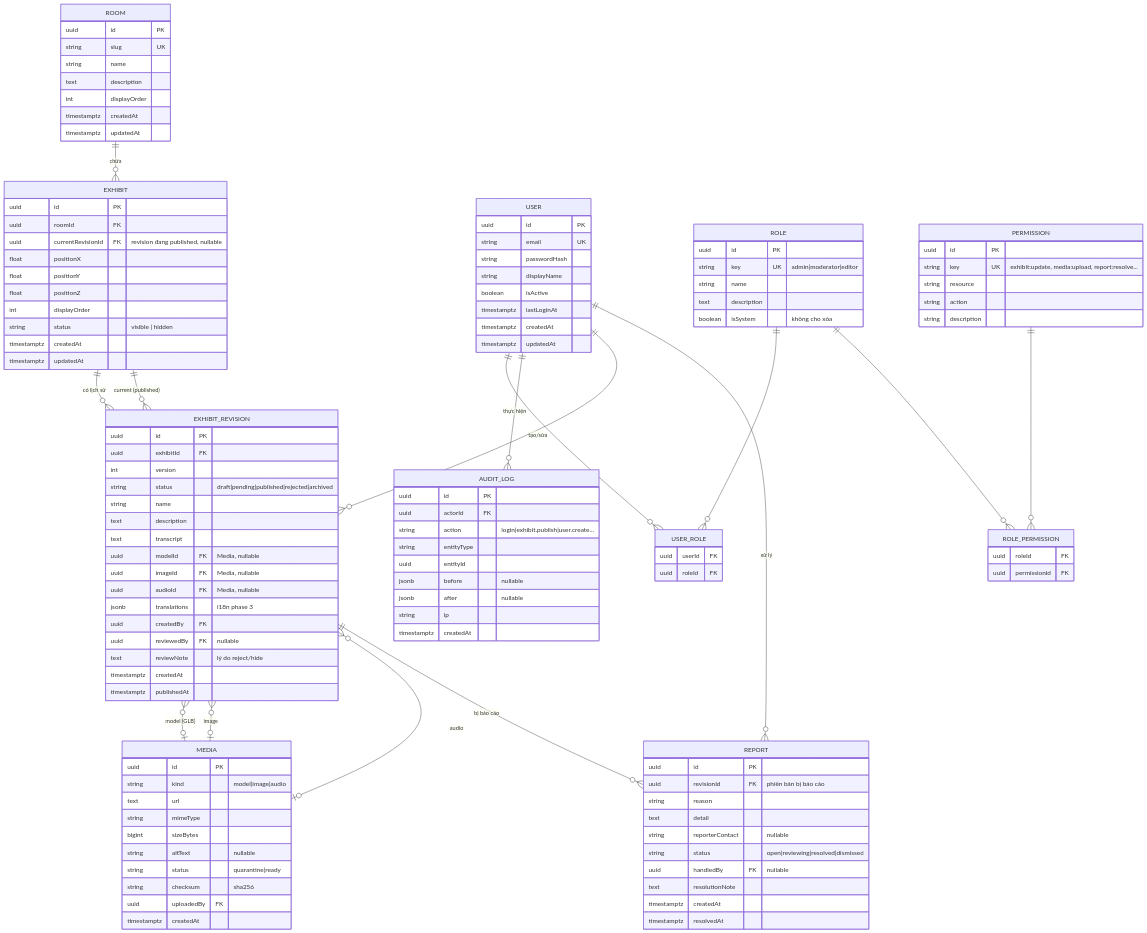
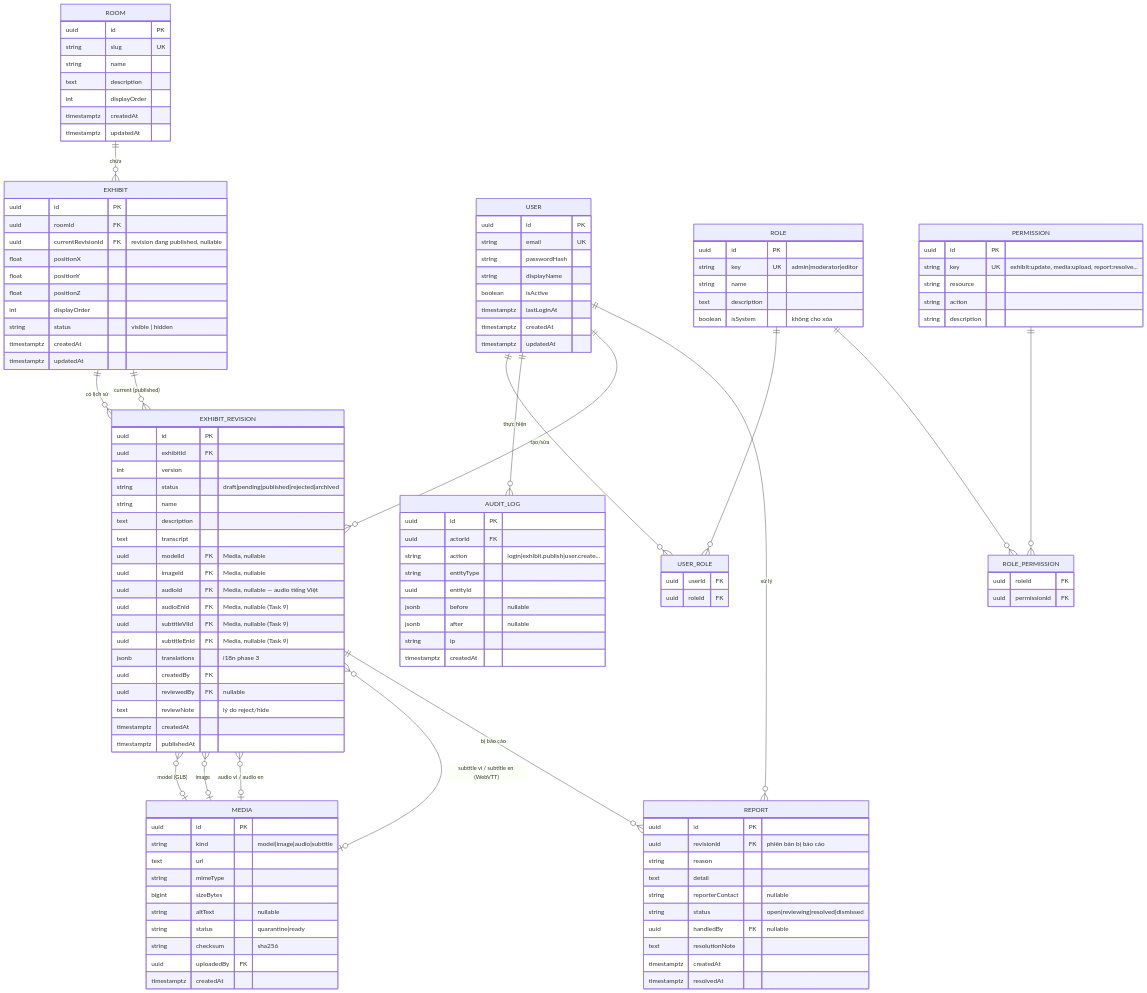
The first of 2 diagrams in docs/architecture/04-data-model-erd.md (ailabs26/ailabs-museum), drawn with Mermaid before and after one commit. The commit also changed 4 other files, not shown here.

```diff
--- a/docs/architecture/04-data-model-erd.md
+++ b/docs/architecture/04-data-model-erd.md
@@ -21,7 +21,8 @@
     EXHIBIT_REVISION }o--|| EXHIBIT : "current (published)"
     EXHIBIT_REVISION }o--o| MEDIA : "model (GLB)"
     EXHIBIT_REVISION }o--o| MEDIA : "image"
-    EXHIBIT_REVISION }o--o| MEDIA : "audio"
+    EXHIBIT_REVISION }o--o| MEDIA : "audio vi / audio en"
+    EXHIBIT_REVISION }o--o| MEDIA : "subtitle vi / subtitle en (WebVTT)"
     EXHIBIT_REVISION ||--o{ REPORT : "bị báo cáo"
     USER ||--o{ USER_ROLE : ""
     ROLE ||--o{ USER_ROLE : ""
@@ -62,7 +63,10 @@
       text transcript
       uuid modelId FK "Media, nullable"
       uuid imageId FK "Media, nullable"
-      uuid audioId FK "Media, nullable"
+      uuid audioId FK "Media, nullable — audio tiếng Việt"
+      uuid audioEnId FK "Media, nullable (Task 9)"
+      uuid subtitleViId FK "Media, nullable (Task 9)"
+      uuid subtitleEnId FK "Media, nullable (Task 9)"
       jsonb translations "i18n phase 3"
       uuid createdBy FK
       uuid reviewedBy FK "nullable"
@@ -72,7 +76,7 @@
     }
     MEDIA {
       uuid id PK
-      string kind "model|image|audio"
+      string kind "model|image|audio|subtitle"
       text url
       string mimeType
       bigint sizeBytes
```
